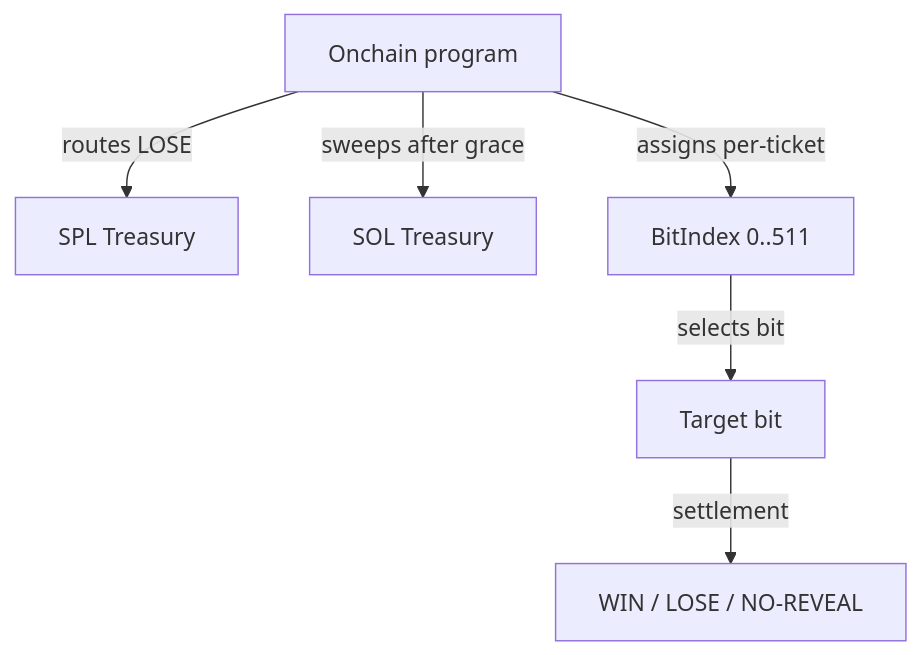
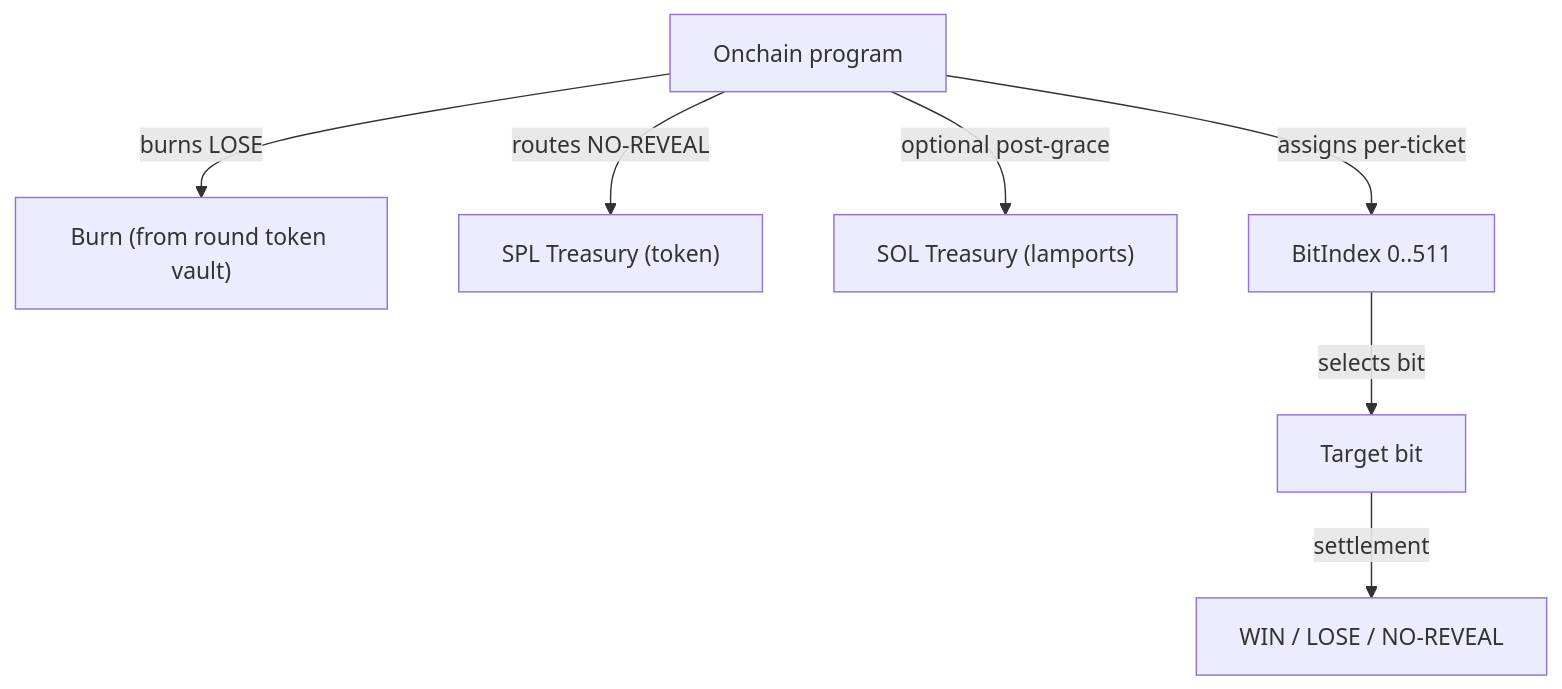
One commit to TIMLG-Protocol/timlg-protocol changed the diagram in docs/protocol/treasury_bitindex.md. Above: the diagram before and after it, drawn with Mermaid. The commit also changed other lines of this file and 7 other files, not shown here.

````diff
--- a/docs/protocol/treasury_bitindex.md
+++ b/docs/protocol/treasury_bitindex.md
@@ -95,8 +103,9 @@
 ```mermaid
 flowchart TD
-  P["Onchain program"] -->|routes LOSE| SPL["SPL Treasury"]
-  P -->|sweeps after grace| SOL["SOL Treasury"]
+  P["Onchain program"] -->|burns LOSE| B["Burn (from round token vault)"]
+  P -->|routes NO-REVEAL| SPL["SPL Treasury (token)"]
+  P -->|optional post-grace| SOL["SOL Treasury (lamports)"]
   P -->|assigns per-ticket| BI["BitIndex 0..511"]
   BI -->|selects bit| TB["Target bit"]
   TB -->|settlement| OUT["WIN / LOSE / NO-REVEAL"]
 ```
````
